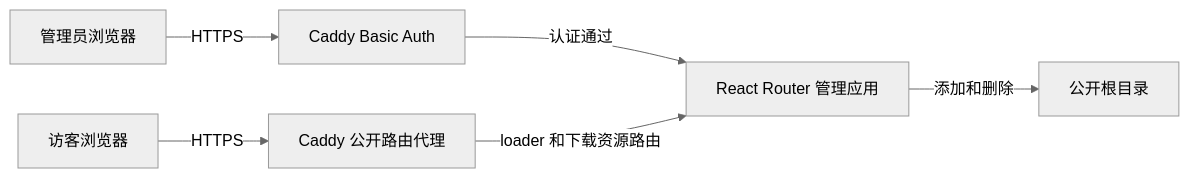
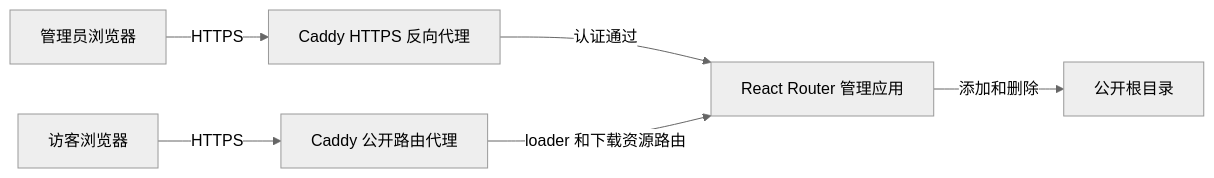
Before and after one commit to qw0er/ShareBox: the diagram in docs/architecture.md, drawn with Mermaid (neutral theme). The commit also changed other lines of this file and 24 other files, not shown here.

````diff
--- a/docs/architecture.md
+++ b/docs/architecture.md
@@ -9,8 +9,8 @@
 ```mermaid
 flowchart LR
-    Admin[管理员浏览器] -->|HTTPS| Auth[Caddy Basic Auth]
+    Admin[管理员浏览器] -->|HTTPS| Auth[Caddy HTTPS 反向代理]
     Auth -->|认证通过| App[React Router 管理应用]
     App -->|添加和删除| Files[公开根目录]
     Visitor[访客浏览器] -->|HTTPS| Public[Caddy 公开路由代理]
     Public -->|loader 和下载资源路由| App
 ```
````
